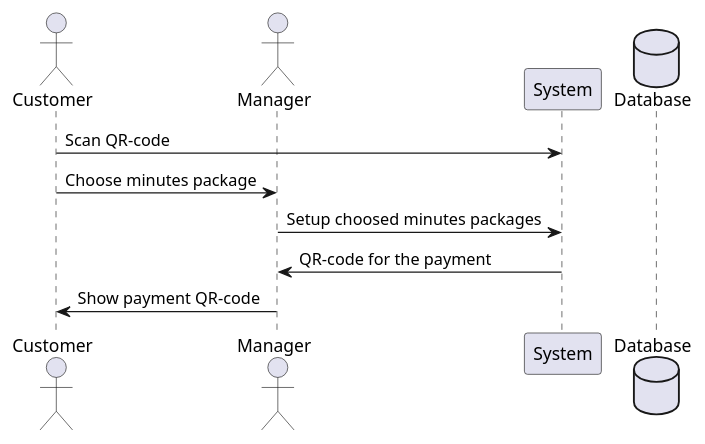
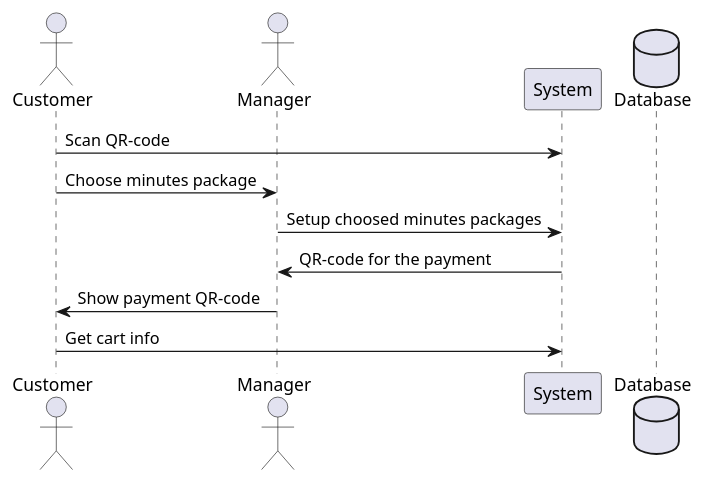
Before and after one commit to scipunch/notes: the diagram in projects/cyberpass/Technical requirements V2.md, drawn with PlantUML.

Commit message:
vault backup: 2024-09-02 15:59:39

````diff
--- a/projects/cyberpass/Technical requirements V2.md
+++ b/projects/cyberpass/Technical requirements V2.md
@@ -1,12 +1,13 @@
 ```plantuml
 actor Customer
 actor Manager
 participant System
 database Database
 
 Customer -> System : Scan QR-code
 Customer -> Manager : Choose minutes package
 Manager -> System : Setup choosed minutes packages
 System -> Manager : QR-code for the payment
 Manager -> Customer : Show payment QR-code
+Customer -> System : Get cart info
 ```
````
